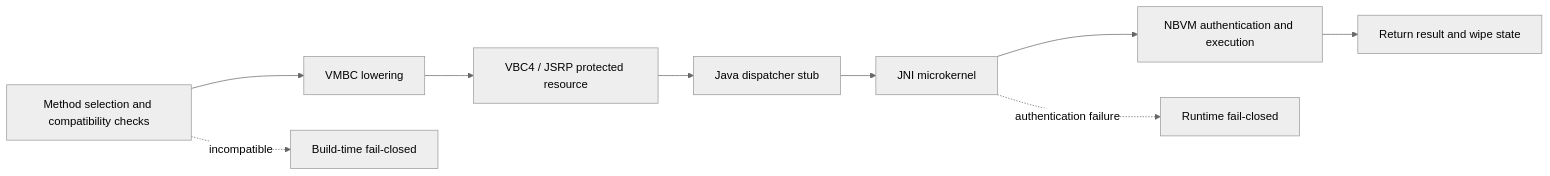
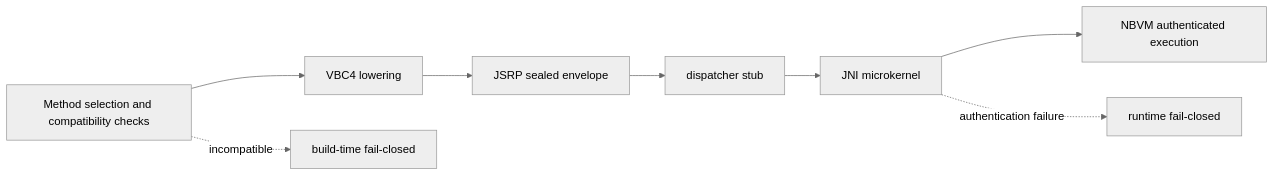
One commit to HHT0rro/JavaShroud changed the diagram in README_EN.md. Above: the diagram before and after it, drawn with Mermaid (neutral theme). The commit also changed other lines of this file and 6 other files, not shown here.

````diff
--- a/README_EN.md
+++ b/README_EN.md
@@ -48,11 +56,10 @@
 ```mermaid
 flowchart LR
-  A["Method selection and compatibility checks"] --> B["VMBC lowering"]
-  B --> C["VBC4 / JSRP protected resource"]
-  C --> D["Java dispatcher stub"]
+  A["Method selection and compatibility checks"] --> B["VBC4 lowering"]
+  B --> C["JSRP sealed envelope"]
+  C --> D["dispatcher stub"]
   D --> E["JNI microkernel"]
-  E --> F["NBVM authentication and execution"]
-  F --> G["Return result and wipe state"]
-  A -.incompatible.-> X["Build-time fail-closed"]
-  E -.authentication failure.-> Y["Runtime fail-closed"]
+  E --> F["NBVM authenticated execution"]
+  A -.incompatible.-> X["build-time fail-closed"]
+  E -.authentication failure.-> Y["runtime fail-closed"]
 ```
````
